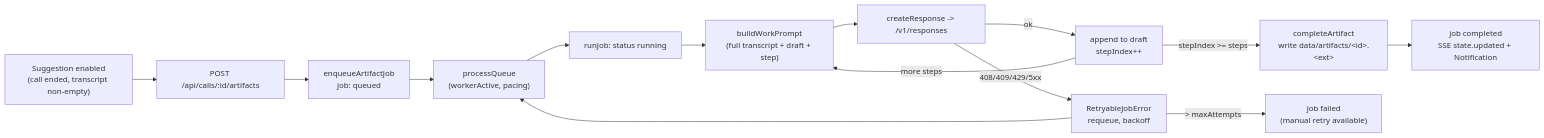
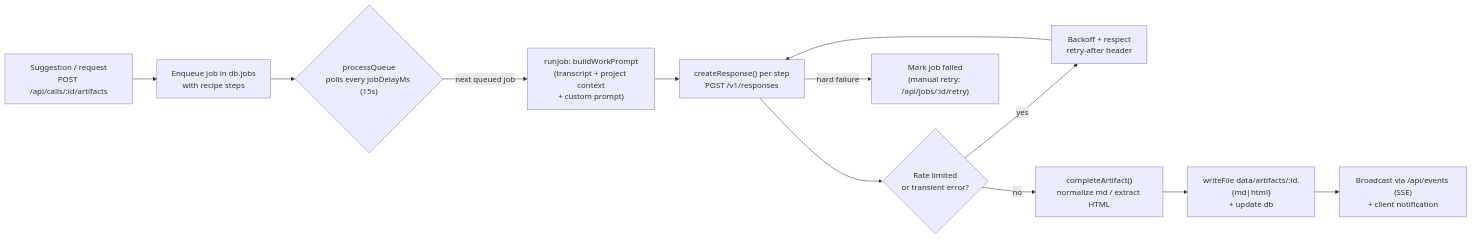
The third of 3 diagrams in docs/01-technical-overview.md (michael-aires/Codex-voice), drawn with Mermaid before and after one commit. The commit also changed other lines of this file and 29 other files, not shown here.

````diff
--- a/docs/01-technical-overview.md
+++ b/docs/01-technical-overview.md
@@ -243,16 +184,14 @@
 ```mermaid
-graph LR
-    A["Suggestion enabled<br/>(call ended, transcript non-empty)"] --> B["POST /api/calls/:id/artifacts"]
-    B --> C["enqueueArtifactJob<br/>job: queued"]
-    C --> D["processQueue<br/>(workerActive, pacing)"]
-    D --> E["runJob: status running"]
-    E --> F["buildWorkPrompt<br/>(full transcript + draft + step)"]
-    F --> G["createResponse -> /v1/responses"]
-    G -->|"408/409/429/5xx"| H["RetryableJobError<br/>requeue, backoff"]
-    H --> D
-    G -->|"ok"| I["append to draft<br/>stepIndex++"]
-    I -->|"more steps"| F
-    I -->|"stepIndex >= steps"| J["completeArtifact<br/>write data/artifacts/&lt;id&gt;.&lt;ext&gt;"]
-    J --> K["job completed<br/>SSE state.updated + Notification"]
-    H -->|"> maxAttempts"| L["job failed<br/>(manual retry available)"]
+flowchart LR
+    A["Suggestion / request\nPOST /api/calls/:id/artifacts"] --> B["Enqueue job in db.jobs\nwith recipe steps"]
+    B --> C{"processQueue\npolls every jobDelayMs (15s)"}
+    C -->|next queued job| D["runJob: buildWorkPrompt\n(transcript + project context\n+ custom prompt)"]
+    D --> E["createResponse() per step\nPOST /v1/responses"]
+    E --> F{"Rate limited\nor transient error?"}
+    F -->|yes| G["Backoff + respect\nretry-after header"]
+    G --> E
+    F -->|no| H["completeArtifact()\nnormalize md / extract HTML"]
+    H --> I["writeFile data/artifacts/:id.{md|html}\n+ update db"]
+    I --> J["Broadcast via /api/events (SSE)\n+ client notification"]
+    E -->|hard failure| K["Mark job failed\n(manual retry: /api/jobs/:id/retry)"]
 ```
````
